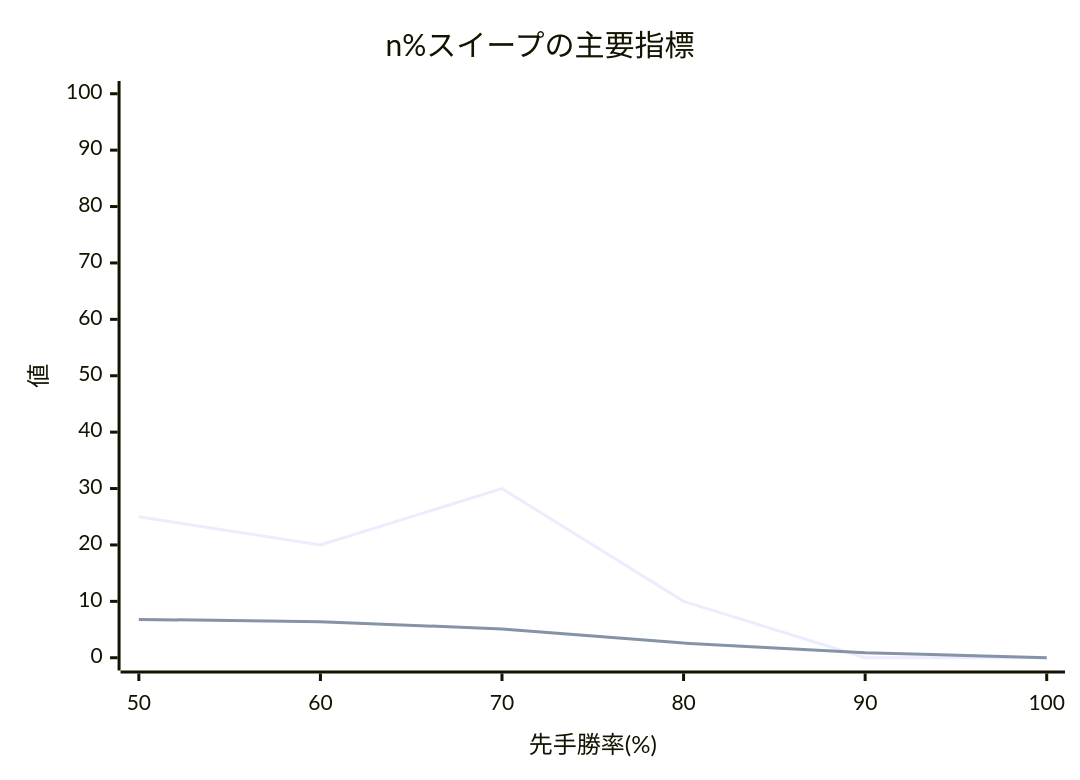
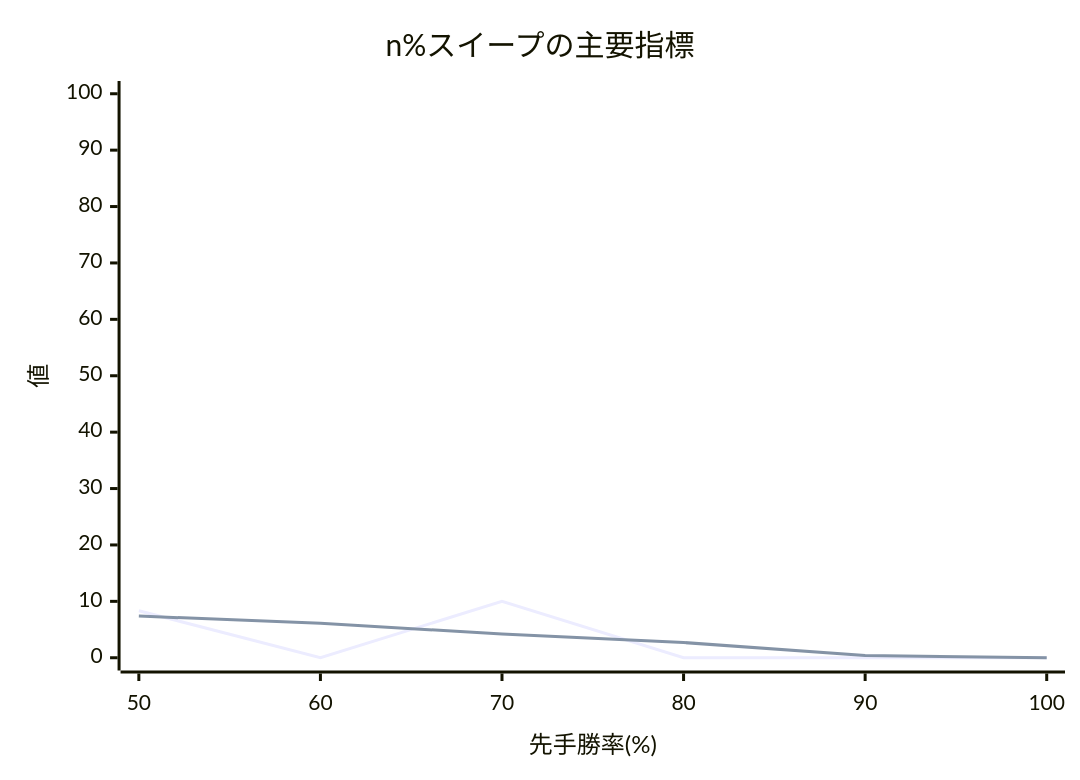
One commit to muzudho/ShogiTournamentSystemAnalyzer changed the diagram in Output/Reports/twill_[先手8x後手8]_50to100_smoke10_quality_sweep.md. Above: the diagram before and after it, drawn with Mermaid. The commit also changed other lines of this file and 34 other files, not shown here.

````diff
--- a/Output/Reports/twill_[先手8x後手8]_50to100_smoke10_quality_sweep.md
+++ b/Output/Reports/twill_[先手8x後手8]_50to100_smoke10_quality_sweep.md
@@ -24,8 +24,8 @@
 ```mermaid
 xychart-beta
     title "n%スイープの主要指標"
     x-axis "先手勝率(%)" [50, 60, 70, 80, 90, 100]
     y-axis "値" 0 --> 100
-    line "Elo1位の総合1位確率(%)" [25.00, 20.00, 30.00, 10.00, 0.00, 0.00]
-    line "Elo上位8名残留" [6.80, 6.40, 5.10, 2.60, 0.90, 0.00]
+    line "Elo1位の総合1位確率(%)" [8.33, 0.00, 10.00, 0.00, 0.00, 0.00]
+    line "Elo上位8名残留" [7.40, 6.10, 4.20, 2.70, 0.40, 0.00]
 ```
````
